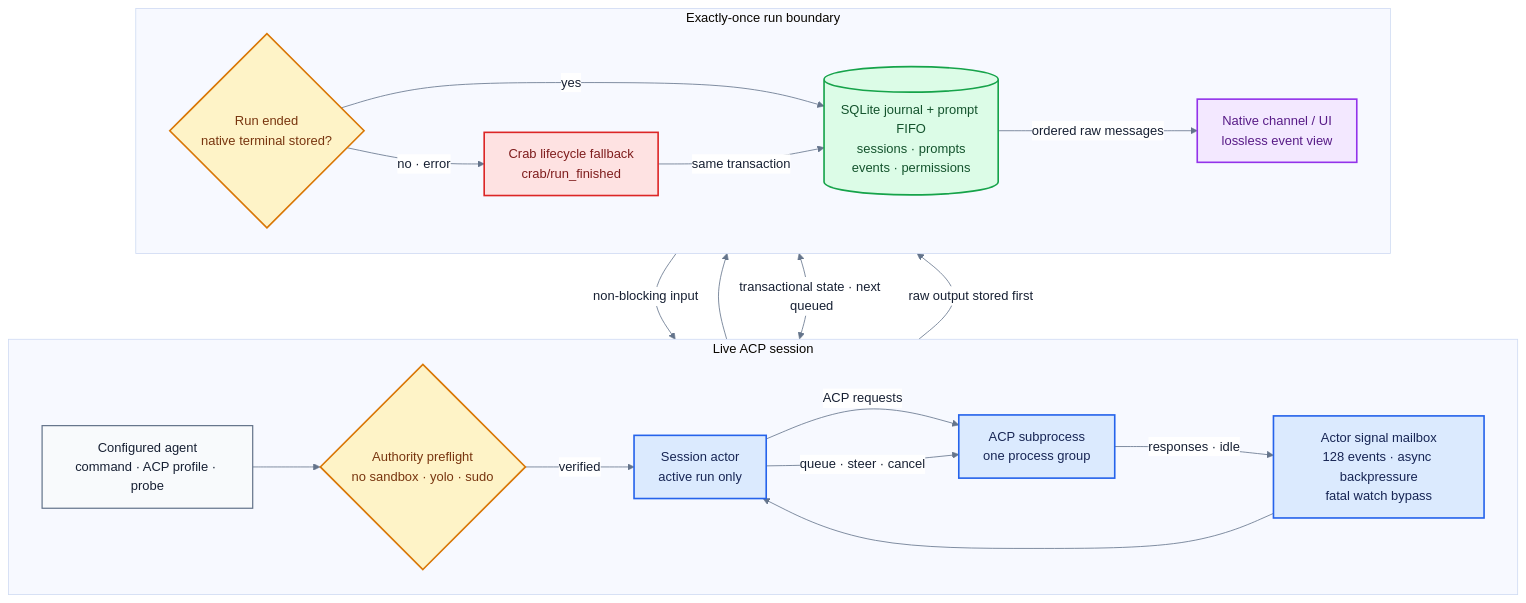
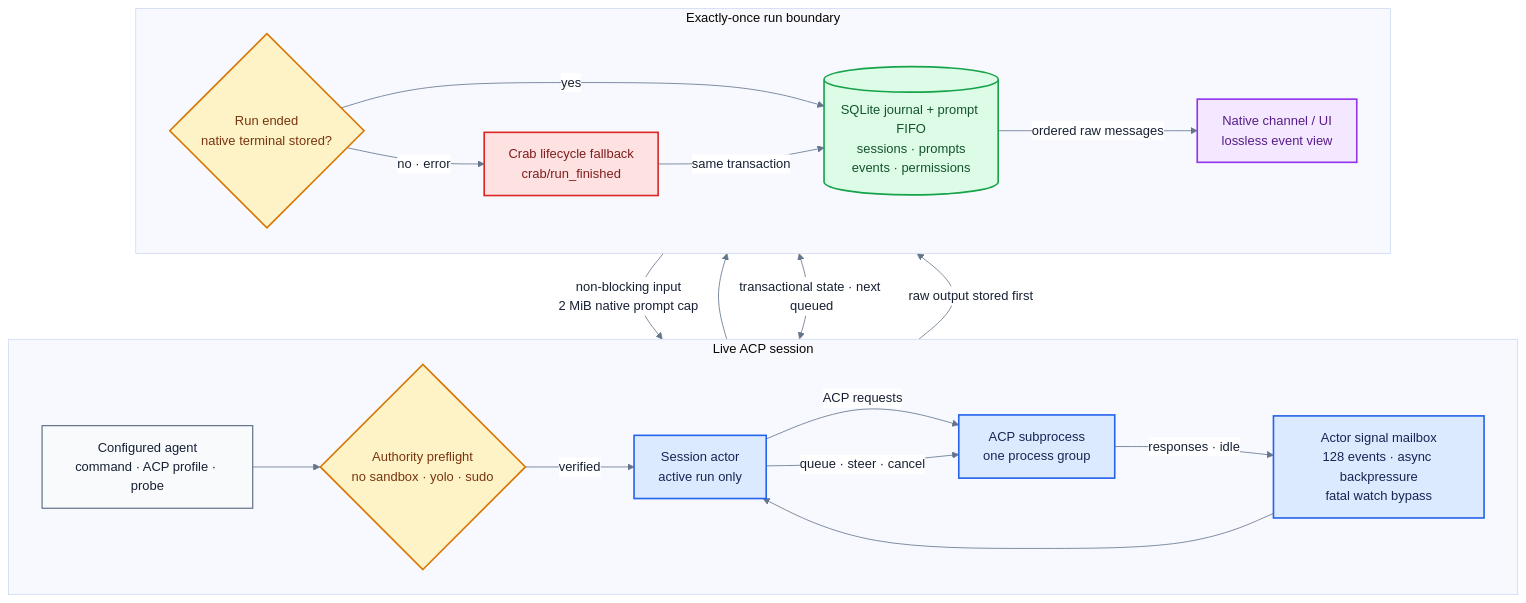
Before and after one commit to fontanierh/crab: the diagram in v2/docs/agent-host-flow.mmd, drawn with Mermaid. The commit also changed 20 other files, not shown here.

First line of the commit message:
fix(v2): bound native prompt payloads (#310)

```diff
--- a/v2/docs/agent-host-flow.mmd
+++ b/v2/docs/agent-host-flow.mmd
@@ -1,46 +1,46 @@
 %%{init: {"theme": "base", "themeVariables": {"fontFamily": "ui-sans-serif, system-ui, sans-serif", "primaryTextColor": "#172033", "lineColor": "#64748b", "edgeLabelBackground": "#ffffff"}, "flowchart": {"curve": "basis", "nodeSpacing": 42, "rankSpacing": 58}}}%%
 flowchart TB
     subgraph LIVE["Live ACP session"]
         direction LR
         CONFIG["Configured agent<br/>command · ACP profile · probe"]
         PREFLIGHT{"Authority preflight<br/>no sandbox · yolo · sudo"}
         ACTOR["Session actor<br/>active run only"]
         MAILBOX["Actor signal mailbox<br/>128 events · async backpressure<br/>fatal watch bypass"]
         ACP["ACP subprocess<br/>one process group"]
         CONFIG --> PREFLIGHT
         PREFLIGHT -->|"verified"| ACTOR
         ACTOR -->|"ACP requests"| ACP
         ACP -->|"responses · idle"| MAILBOX --> ACTOR
         ACTOR -->|"queue · steer · cancel"| ACP
     end
     subgraph DURABLE["Exactly-once run boundary"]
         direction LR
         ENDED{"Run ended<br/>native terminal stored?"}
         FALLBACK["Crab lifecycle fallback<br/>crab/run_finished"]
         DB[("SQLite journal + prompt FIFO<br/>sessions · prompts<br/>events · permissions")]
         UI["Native channel / UI<br/>lossless event view"]
         ENDED -->|"yes"| DB
         ENDED -->|"no · error"| FALLBACK
         FALLBACK -->|"same transaction"| DB
         DB -->|"ordered raw messages"| UI
     end
 
     ACTOR --> ENDED
     ACTOR <-->|"transactional state · next queued"| DB
     ACP -->|"raw output stored first"| DB
-    UI -->|"non-blocking input"| ACTOR
+    UI -->|"non-blocking input<br/>2 MiB native prompt cap"| ACTOR
 
     classDef config fill:#f8fafc,stroke:#64748b,stroke-width:1.5px,color:#172033;
     classDef gate fill:#fef3c7,stroke:#d97706,stroke-width:2px,color:#78350f;
     classDef runtime fill:#dbeafe,stroke:#2563eb,stroke-width:2px,color:#172554;
     classDef fallback fill:#fee2e2,stroke:#dc2626,stroke-width:2px,color:#7f1d1d;
     classDef durable fill:#dcfce7,stroke:#16a34a,stroke-width:2px,color:#14532d;
     classDef ui fill:#f3e8ff,stroke:#9333ea,stroke-width:2px,color:#581c87;
 
     class CONFIG config;
     class PREFLIGHT gate;
     class ACTOR,MAILBOX,ACP runtime;
     class FALLBACK fallback;
     class ENDED gate;
     class DB durable;
     class UI ui;
```
